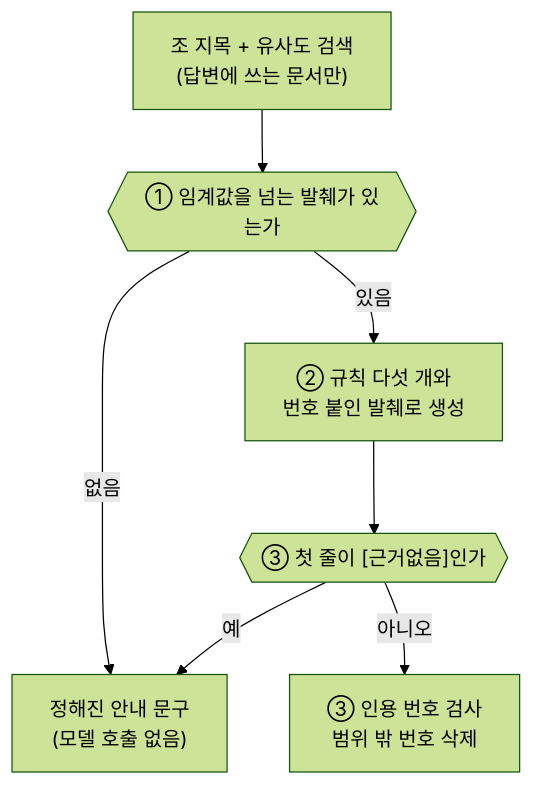
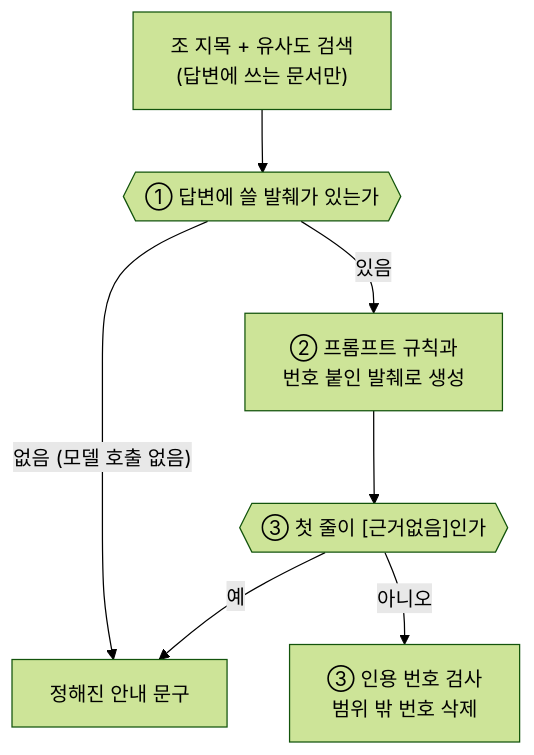
Before and after one commit to SoongSilComputingClub/ssccops-site: the third of 3 diagrams in blog/regulation-assistant-rag.md, drawn with Mermaid (forest theme). The commit also changed other lines of this file, not shown here.

````diff
--- a/blog/regulation-assistant-rag.md
+++ b/blog/regulation-assistant-rag.md
@@ -201,10 +204,10 @@
 ```mermaid
 flowchart TD
   search["조 지목 + 유사도 검색<br/>(답변에 쓰는 문서만)"]
-  search --> th{{"① 임계값을 넘는 발췌가 있는가"}}
-  th -- "없음" --> refuse["정해진 안내 문구<br/>(모델 호출 없음)"]
-  th -- "있음" --> gen["② 규칙 다섯 개와<br/>번호 붙인 발췌로 생성"]
+  search --> th{{"① 답변에 쓸 발췌가 있는가"}}
+  th -- "없음 (모델 호출 없음)" --> refuse["정해진 안내 문구"]
+  th -- "있음" --> gen["② 프롬프트 규칙과<br/>번호 붙인 발췌로 생성"]
   gen --> mark{{"③ 첫 줄이 [근거없음]인가"}}
   mark -- "예" --> refuse
   mark -- "아니오" --> verify["③ 인용 번호 검사<br/>범위 밖 번호 삭제"]
 ```
````
